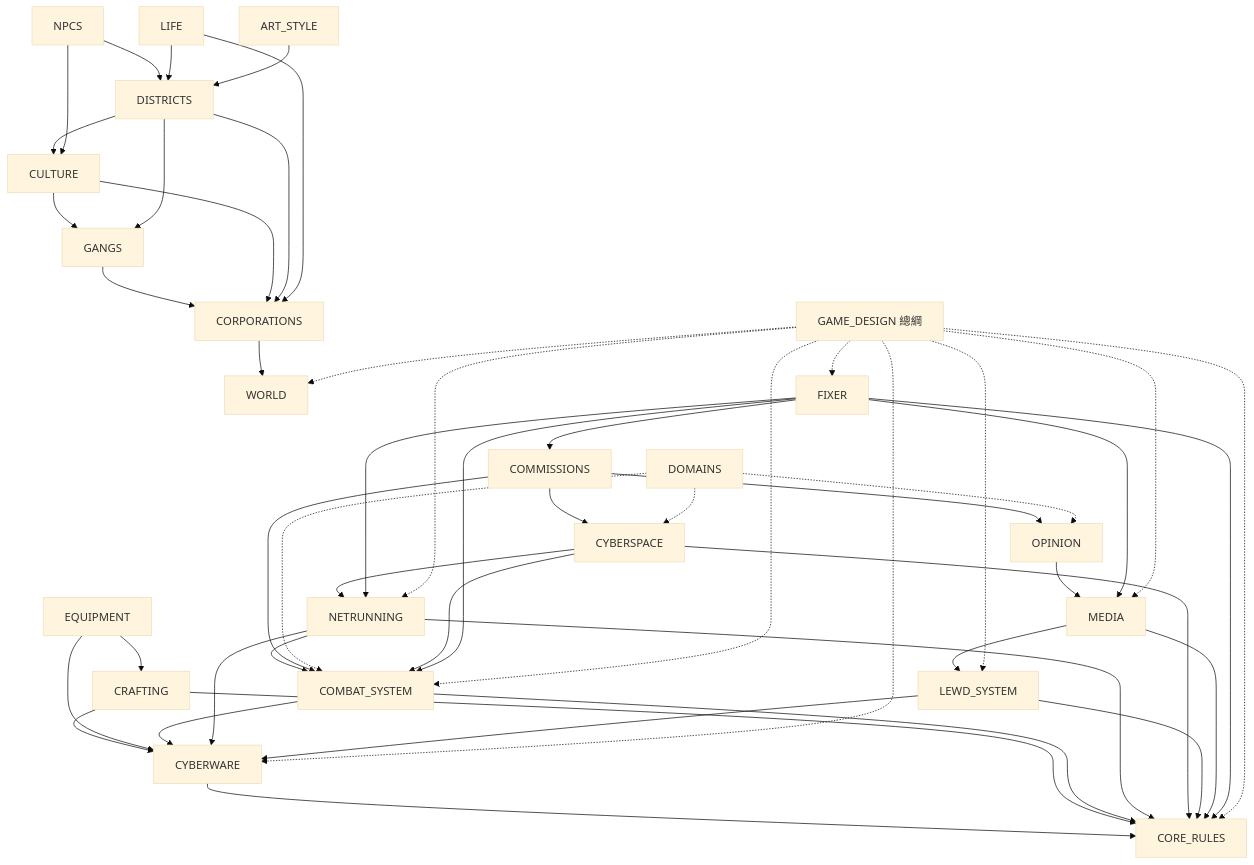
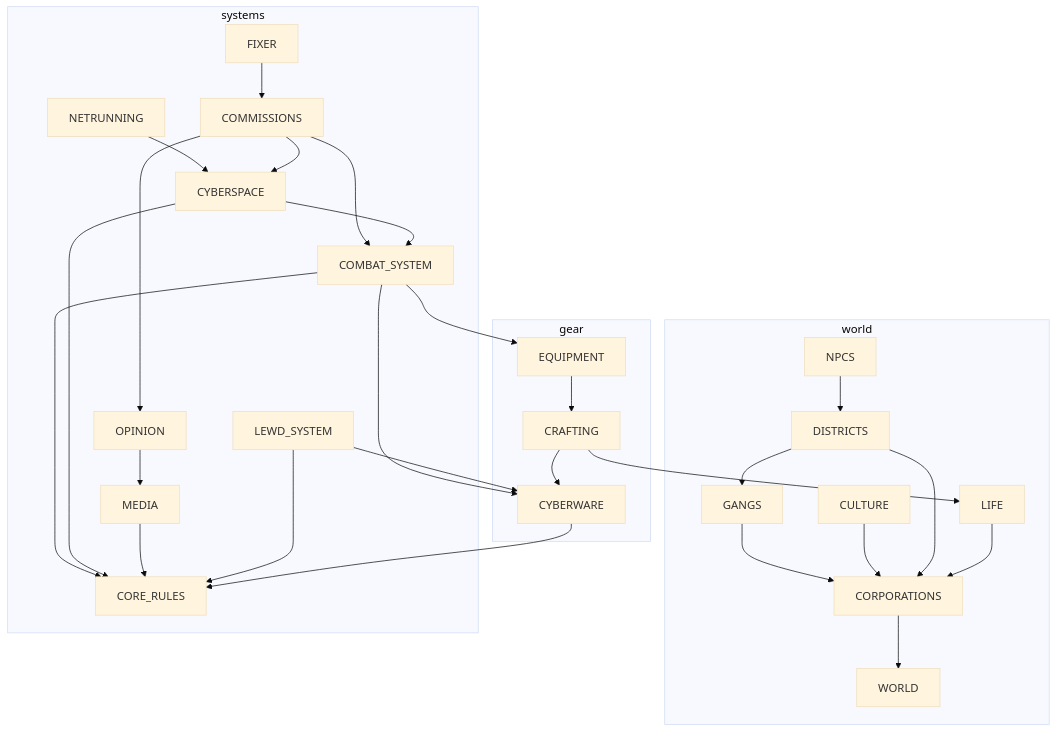
One commit to yellow630914/CyberpunkPink changed the diagram in docs/README.md. Above: the diagram before and after it, drawn with Mermaid (base theme). The commit also changed other lines of this file and 32 other files, not shown here.

First line of the commit message:
整理文件：依目錄分類、重寫總綱與地圖、編成設計書

````diff
--- a/docs/README.md
+++ b/docs/README.md
@@ -56,46 +71,36 @@
 ```mermaid
 flowchart TD
-  GD[GAME_DESIGN 總綱]
-  WD[WORLD]
-  CO[CORPORATIONS] --> WD
-  GA[GANGS] --> CO
-  CU[CULTURE] --> CO
-  CU --> GA
-  DI[DISTRICTS] --> CO
-  DI --> GA
-  DI --> CU
-  NP[NPCS] --> DI
-  LI[LIFE] --> CO
-  LI --> DI
-  NP --> CU
-  AR[ART_STYLE] --> DI
-  CR[CORE_RULES]
-  CW[CYBERWARE] --> CR
-  CF[CRAFTING] --> CW
-  CF --> CR
-  EQ[EQUIPMENT] --> CF
-  EQ --> CW
-  CB[COMBAT_SYSTEM] --> CR
+  subgraph world
+    WD[WORLD]
+    CO[CORPORATIONS] --> WD
+    GA[GANGS] --> CO
+    CU[CULTURE] --> CO
+    DI[DISTRICTS] --> CO
+    DI --> GA
+    NP[NPCS] --> DI
+    LI[LIFE] --> CO
+  end
+  subgraph systems
+    CR[CORE_RULES]
+    CB[COMBAT_SYSTEM] --> CR
+    CS[CYBERSPACE] --> CR
+    NR[NETRUNNING] --> CS
+    MD[MEDIA] --> CR
+    OP[OPINION] --> MD
+    CM[COMMISSIONS] --> CB
+    CM --> CS
+    CM --> OP
+    FX[FIXER] --> CM
+    LS[LEWD_SYSTEM] --> CR
+  end
+  subgraph gear
+    CW[CYBERWARE] --> CR
+    CF[CRAFTING] --> CW
+    EQ[EQUIPMENT] --> CF
+  end
   CB --> CW
-  NR[NETRUNNING] --> CR
-  NR --> CW
-  NR --> CB
-  CS[CYBERSPACE] --> CR
-  OP[OPINION] --> MD
-  CM[COMMISSIONS] --> CB
-  CM --> CS
-  CM --> OP
-  FX --> CM
-  DO[DOMAINS] -.-> CB & CS & OP
-  CS --> NR
+  CB --> EQ
   CS --> CB
-  LS[LEWD_SYSTEM] --> CR
   LS --> CW
-  MD[MEDIA] --> CR
-  MD --> LS
-  FX[FIXER] --> CR
-  FX --> CB
-  FX --> NR
-  FX --> MD
-  GD -.-> WD & CR & CW & CB & NR & LS & MD & FX
+  CF --> LI
 ```
````
